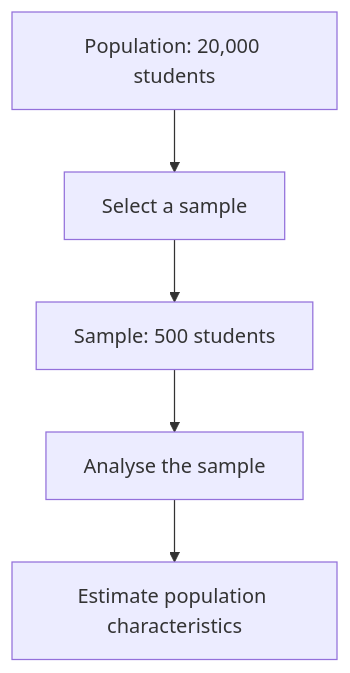
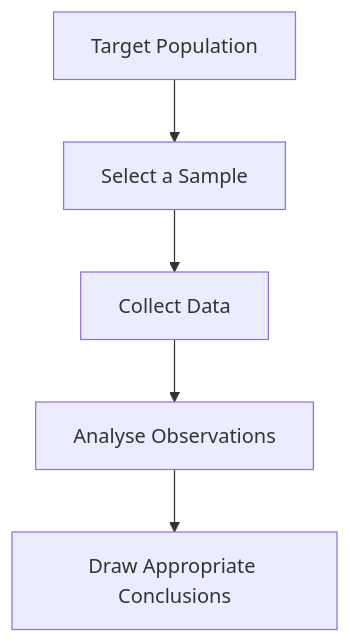
One commit to zeeshan1752/Full-Stack-Data-Science-with-Gen-AI-Agentic-AI changed the diagram in 06_Mathematics_&_Statistics/01_Statistics_Fundamentals/README.md. Above: the diagram before and after it, drawn with Mermaid. The commit also changed other lines of this file, not shown here.

````diff
--- a/06_Mathematics_&_Statistics/01_Statistics_Fundamentals/README.md
+++ b/06_Mathematics_&_Statistics/01_Statistics_Fundamentals/README.md
@@ -121,7 +152,7 @@
 ```mermaid
 flowchart TD
-    A["Population: 20,000 students"] --> B["Select a sample"]
-    B --> C["Sample: 500 students"]
-    C --> D["Analyse the sample"]
-    D --> E["Estimate population characteristics"]
+    A["Target Population"] --> B["Select a Sample"]
+    B --> C["Collect Data"]
+    C --> D["Analyse Observations"]
+    D --> E["Draw Appropriate Conclusions"]
 ```
````
